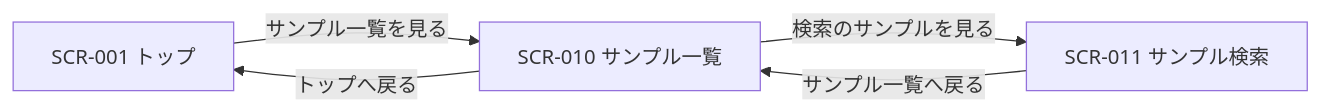
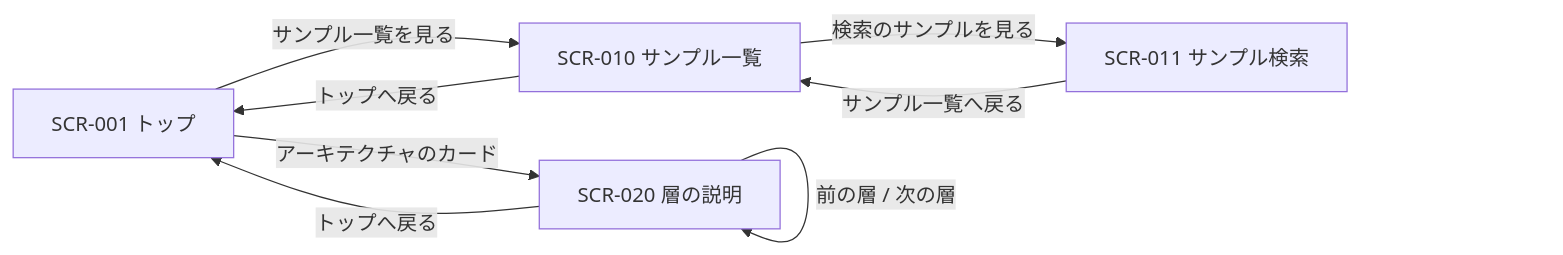
Before and after one commit to m-eiichi/next-dev-env: the diagram in docs/01_全体設計/01_サイトマップ・画面一覧.md, drawn with Mermaid. The commit also changed other lines of this file and 7 other files, not shown here.

````diff
--- a/docs/01_全体設計/01_サイトマップ・画面一覧.md
+++ b/docs/01_全体設計/01_サイトマップ・画面一覧.md
@@ -36,10 +39,14 @@
 ```mermaid
 flowchart LR
   SCR001["SCR-001 トップ"]
   SCR010["SCR-010 サンプル一覧"]
   SCR001 -->|サンプル一覧を見る| SCR010
   SCR010 -->|トップへ戻る| SCR001
   SCR011["SCR-011 サンプル検索"]
   SCR010 -->|検索のサンプルを見る| SCR011
   SCR011 -->|サンプル一覧へ戻る| SCR010
+  SCR020["SCR-020 層の説明"]
+  SCR001 -->|アーキテクチャのカード| SCR020
+  SCR020 -->|前の層 / 次の層| SCR020
+  SCR020 -->|トップへ戻る| SCR001
 ```
````
